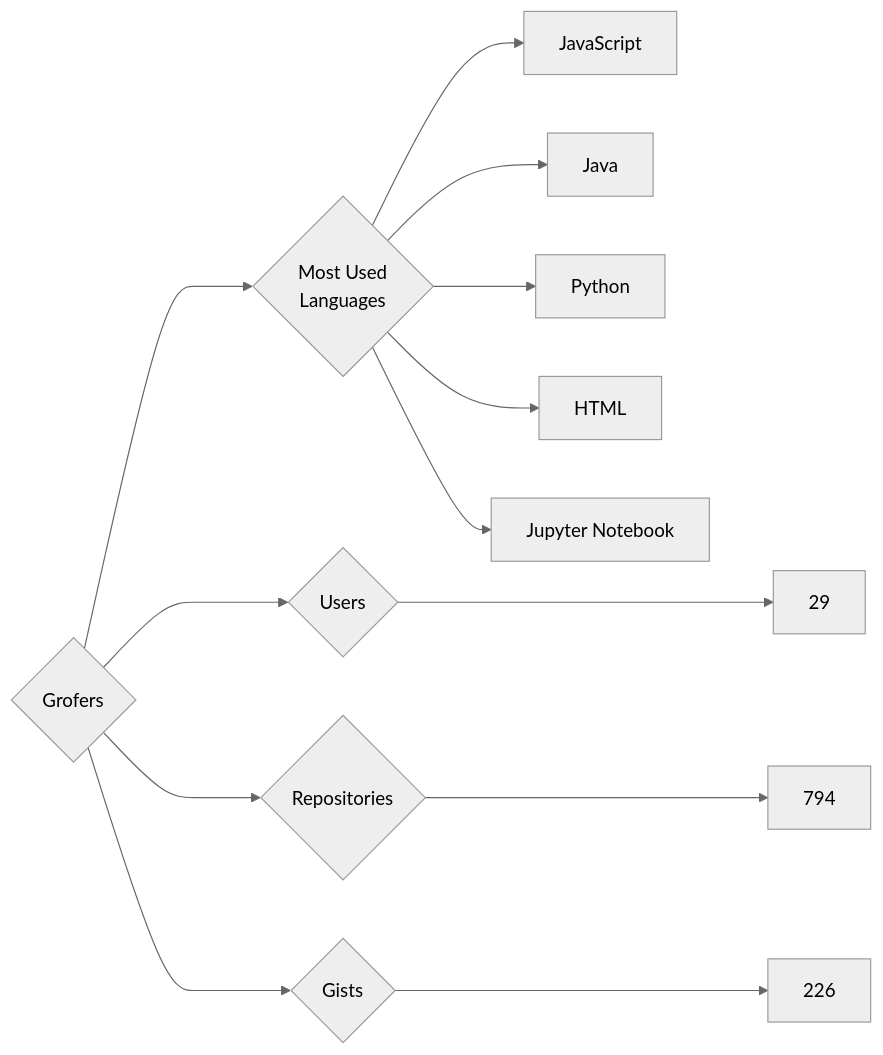
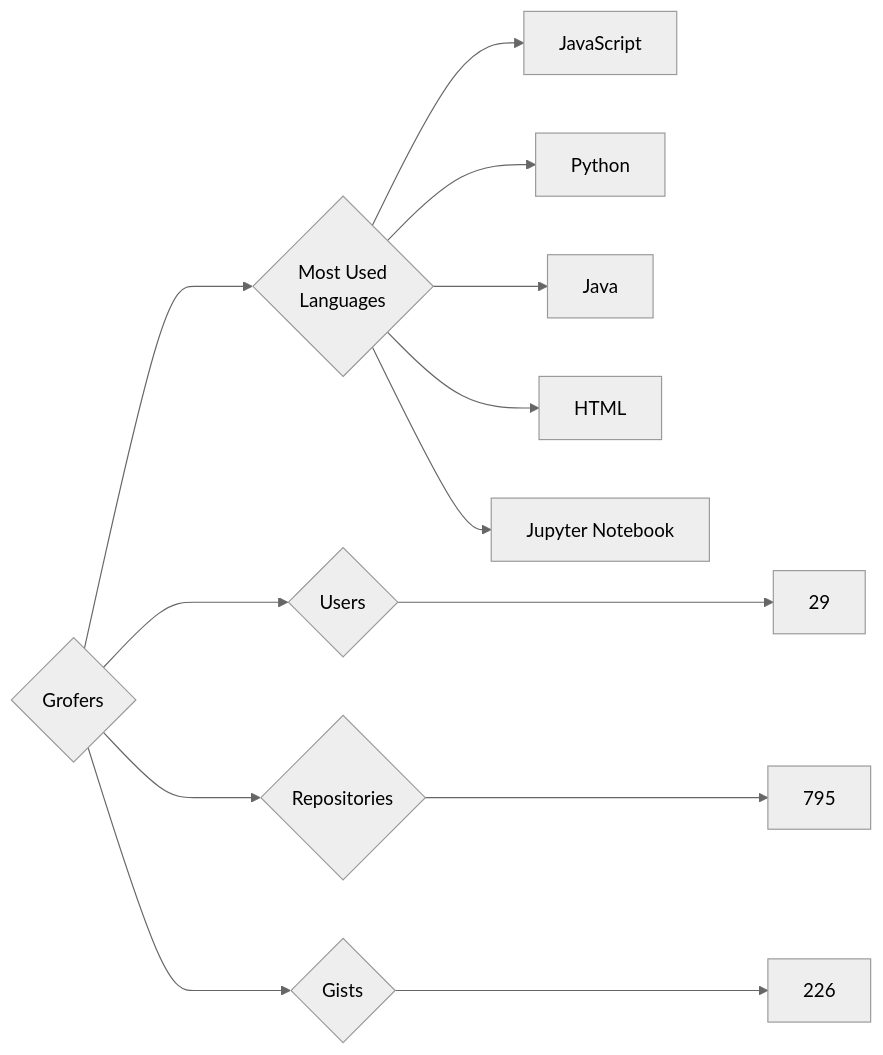
One commit to trickest/insiders changed the diagram in targets/Grofers/README.md. Above: the diagram before and after it, drawn with Mermaid (neutral theme). The commit also changed 720 other files, not shown here.

````diff
--- a/targets/Grofers/README.md
+++ b/targets/Grofers/README.md
@@ -3,13 +3,13 @@
 ```mermaid
 graph LR
 COMPANY_NAME{Grofers}
 COMPANY_NAME ---> U{Users} ---> UN[29]
-COMPANY_NAME ---> R{Repositories} ---> RN[794]
+COMPANY_NAME ---> R{Repositories} ---> RN[795]
 COMPANY_NAME ---> G{Gists} ---> GN[226]
 COMPANY_NAME ---> ML{Most Used<br>Languages}
 ML --> JavaScript[JavaScript]
+ML --> Python[Python]
 ML --> Java[Java]
-ML --> Python[Python]
 ML --> HTML[HTML]
 ML --> Jupyter_Notebook[Jupyter Notebook]
 ```
````
